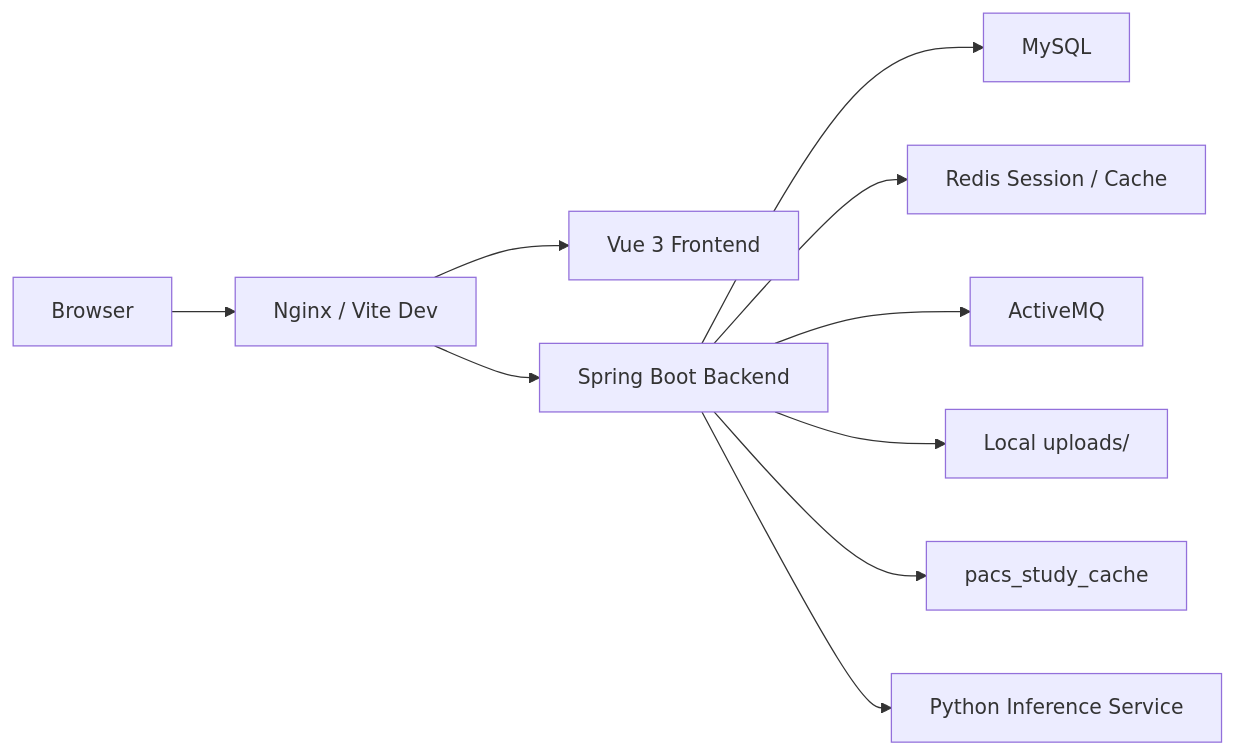
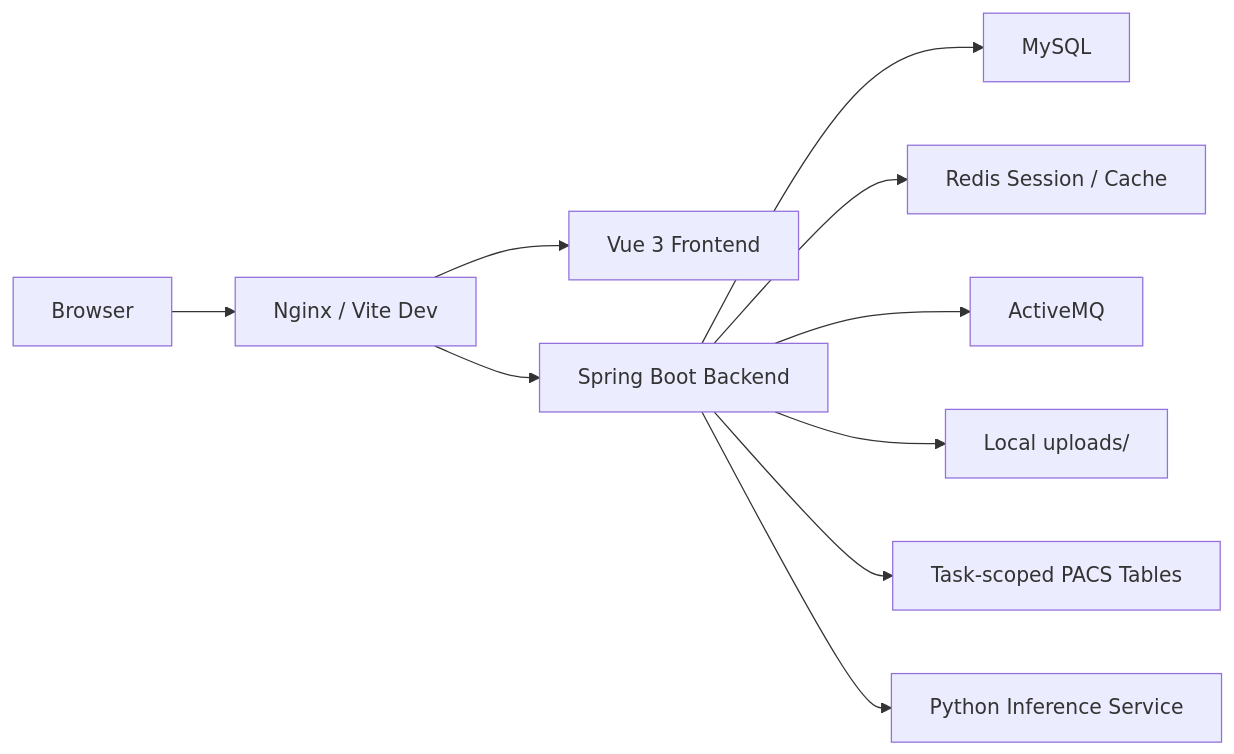
One commit to X-yhhh/Medical-qc-SpringBoot changed the diagram in README.md. Above: the diagram before and after it, drawn with Mermaid. The commit also changed other lines of this file and 9 other files, not shown here.

````diff
--- a/README.md
+++ b/README.md
@@ -7,12 +7,12 @@
 ```mermaid
 flowchart LR
   Browser["Browser"] --> Gateway["Nginx / Vite Dev"]
   Gateway --> Frontend["Vue 3 Frontend"]
   Gateway --> Backend["Spring Boot Backend"]
   Backend --> MySQL["MySQL"]
   Backend --> Redis["Redis Session / Cache"]
   Backend --> ActiveMQ["ActiveMQ"]
   Backend --> Uploads["Local uploads/"]
-  Backend --> PACS["pacs_study_cache"]
+  Backend --> PACS["Task-scoped PACS Tables"]
   Backend --> Python["Python Inference Service"]
 ```
````
